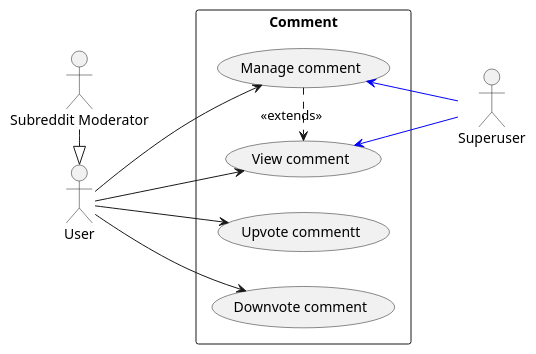
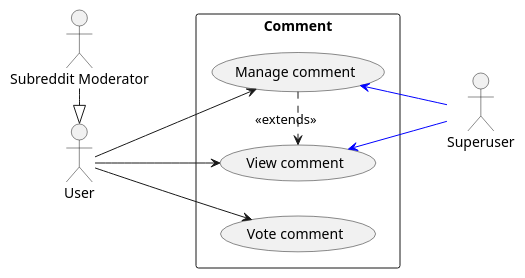
Before and after one commit to Huy-Ngo/reddit-design: the diagram in use_case_comment.puml, drawn with PlantUML. The commit also changed 2 other files, not shown here.

Commit message:
Add lock comment use case and merge vote use cases

```diff
--- a/use_case_comment.puml
+++ b/use_case_comment.puml
@@ -1,28 +1,26 @@
 @startuml
 skinparam packageStyle rectangle
 left to right direction
 actor "User" as user
 actor "Subreddit Moderator" as mod
 actor "Superuser" as su
 mod -|> user
 
 rectangle Comment as cmt {
   usecase "Manage comment" as cmt_manage
   usecase "View comment" as cmt_read
 
-  usecase "Upvote commentt" as cmt_up
-  usecase "Downvote comment" as cmt_down
+  usecase "Vote comment" as cmt_vote
 }
 
 user --> cmt_manage
 user --> cmt_read
 
-user --> cmt_up
-user --> cmt_down
+user --> cmt_vote
 
 cmt_read    <-[#blue]- su
 cmt_manage  <-[#blue]- su
 
 cmt_manage .> cmt_read : <<extends>>
 
 @enduml
```
